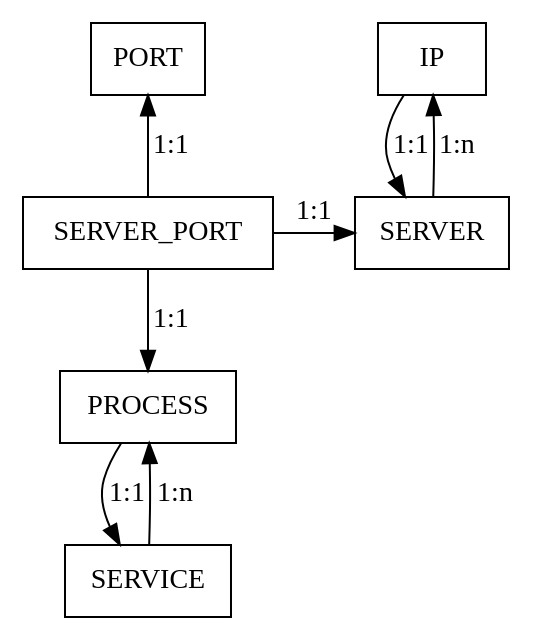
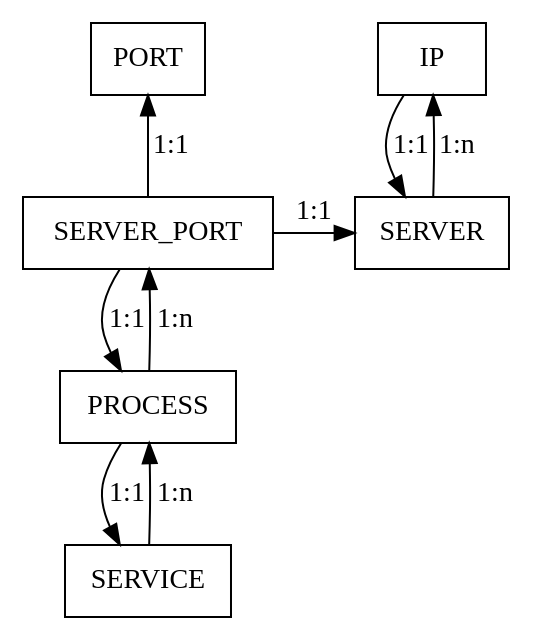
Before and after one commit to georgecao/reploop-topology: the first of 2 diagrams in README.adoc, drawn with Graphviz. The commit also changed other lines of this file and 8 other files, not shown here.

```diff
--- a/README.adoc
+++ b/README.adoc
@@ -31,16 +32,17 @@
 [graphviz,relation,svg]
 ----
 digraph g {
     node[shape=box];
     IP -> SERVER[label="1:1"];
     SERVER -> IP[label="1:n"];
     SERVER_PORT -> SERVER[label="1:1"];
     SERVER_PORT -> PROCESS[label="1:1"];
+    PROCESS -> SERVER_PORT[label="1:n"];
     PROCESS -> SERVICE[label="1:1"];
     SERVICE -> PROCESS[label="1:n"];
     SERVER_PORT -> PORT[label="1:1"];
 
     {rank=min;IP;PORT;}
     {rank=same;SERVER;SERVER_PORT;}
 }
 ----
```
